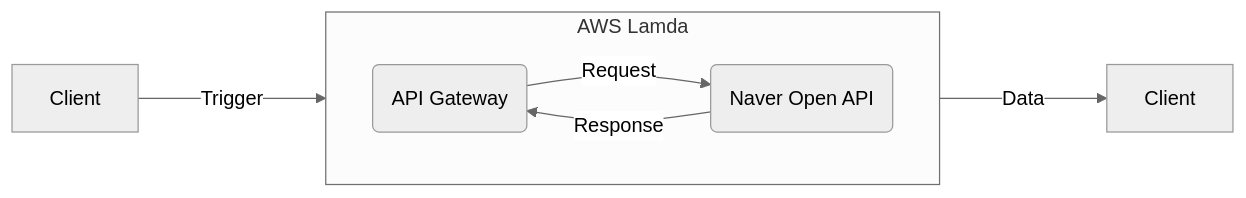
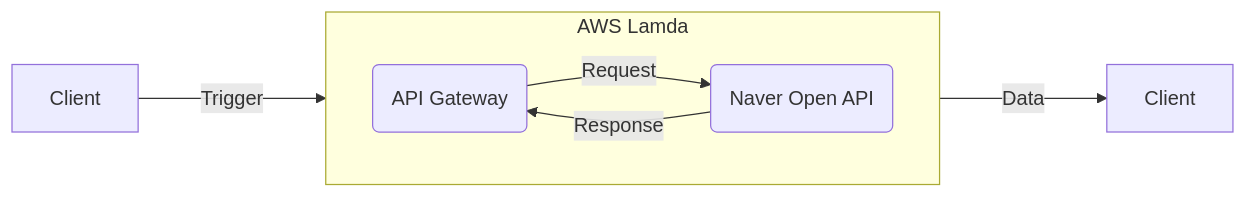
The diagram in README.md (romantech/shopping-insight), drawn with Mermaid before and after one commit.

Commit message:
:lipstick: mermaid 기본 테마로 변경
- Github 다크모드에서 가독성 떨어지는 문제로 neutral → default 테마로 변경

````diff
--- a/README.md
+++ b/README.md
@@ -45,16 +45,14 @@
 ```mermaid
-%%{init: {'theme':'neutral'}}%%
-
 flowchart LR
 C1[Client]
 C2[Client]
 L(API Gateway)
 N(Naver Open API)
 
 subgraph R1[AWS Lamda]
 direction LR
 L -->|Request| N -->|Response| L
 end
 
 C1 --->|Trigger| R1 --->|Data| C2
 ```
````
